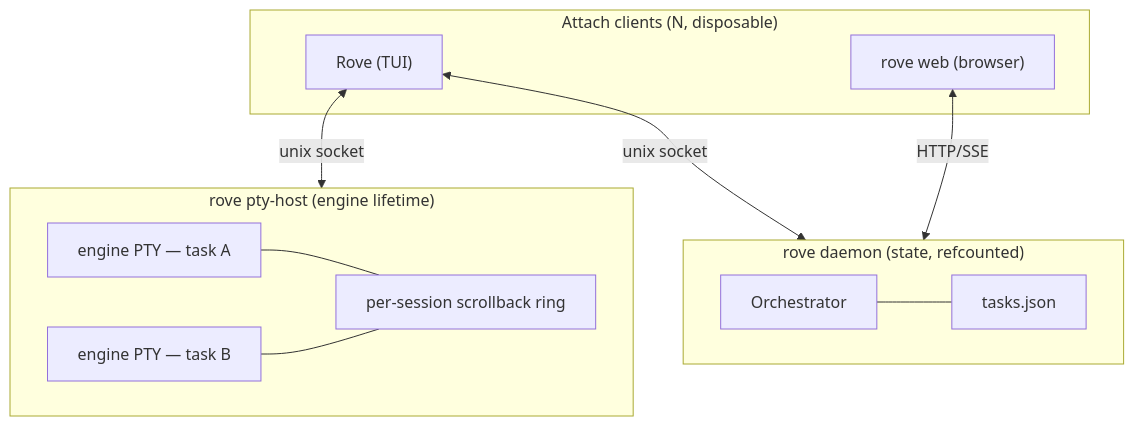
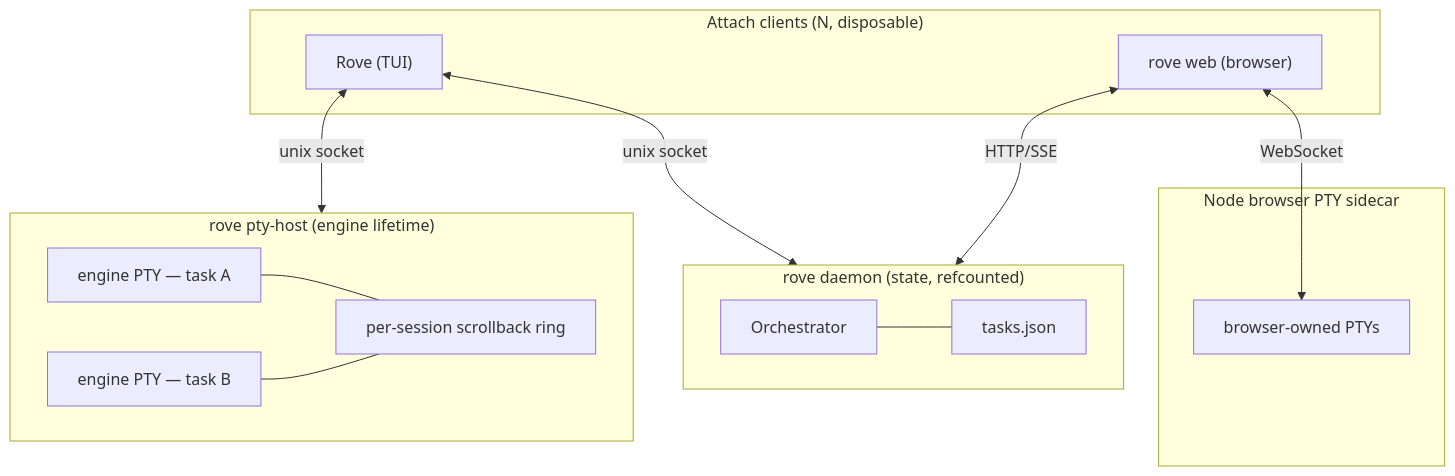
The diagram in docs/SESSIONS.md (Sma1lboy/kobe), drawn with Mermaid before and after one commit. The commit also changed other lines of this file and 34 other files, not shown here.

````diff
--- a/docs/SESSIONS.md
+++ b/docs/SESSIONS.md
@@ -30,22 +40,26 @@
 ```mermaid
 flowchart TB
   subgraph clients["Attach clients (N, disposable)"]
     tui["Rove (TUI)"]
     web["rove web (browser)"]
   end
   subgraph daemon["rove daemon (state, refcounted)"]
     orch[Orchestrator]
     idx["tasks.json"]
   end
   subgraph host["rove pty-host (engine lifetime)"]
     p1["engine PTY — task A"]
     p2["engine PTY — task B"]
     ring["per-session scrollback ring"]
   end
+  subgraph browserHost["Node browser PTY sidecar"]
+    bp["browser-owned PTYs"]
+  end
   tui <-->|unix socket| daemon
   web <-->|HTTP/SSE| daemon
   tui <-->|unix socket| host
+  web <-->|WebSocket| bp
   orch --- idx
   p1 --- ring
   p2 --- ring
 ```
````
